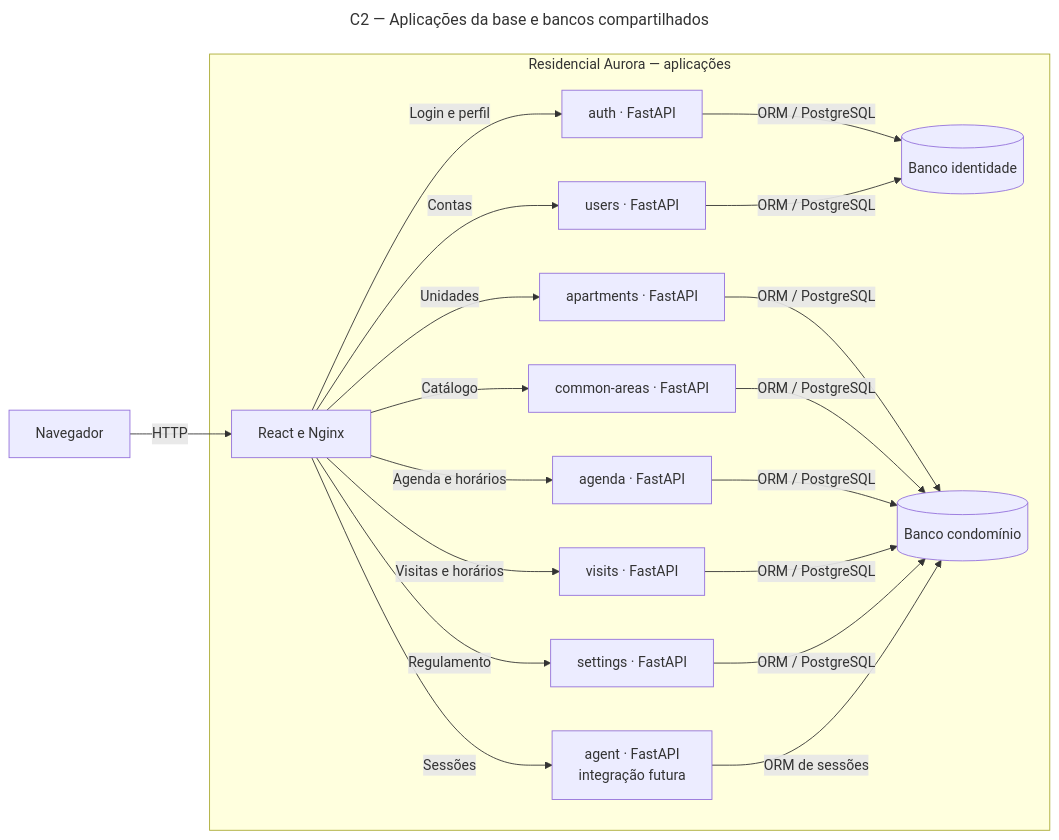
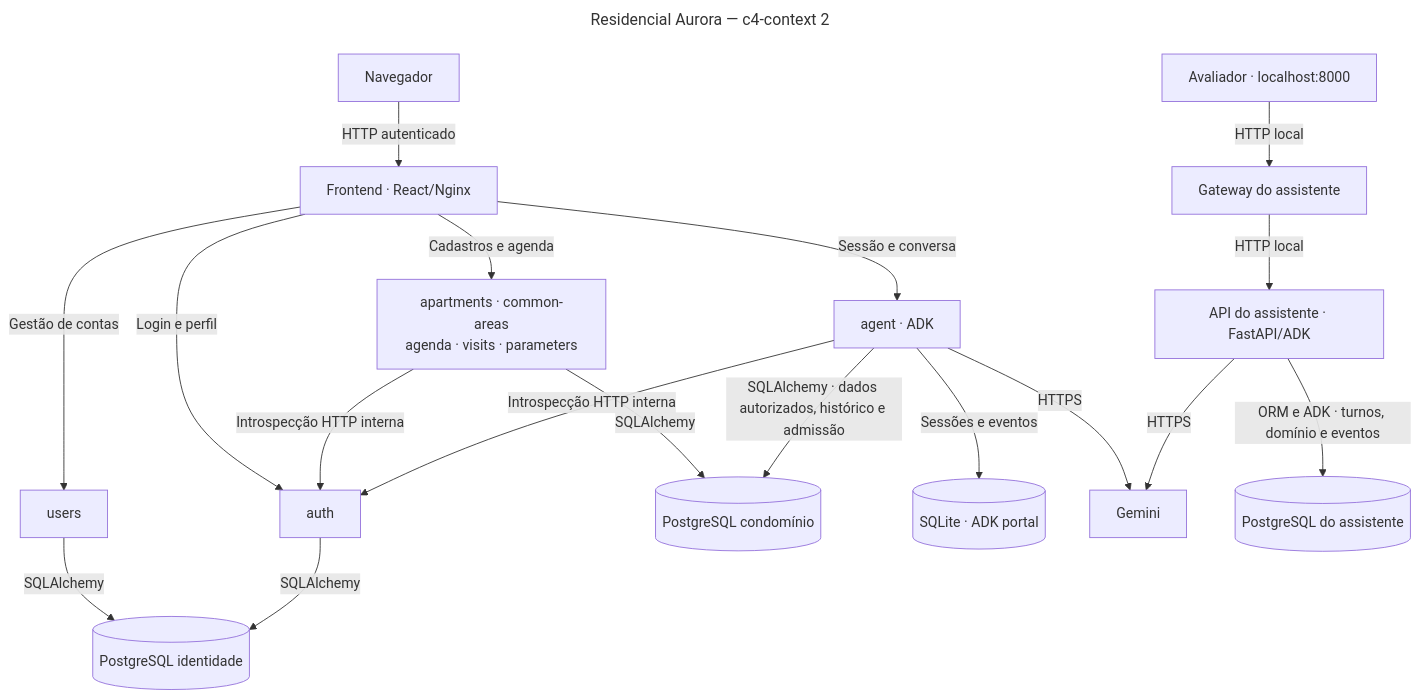
Before and after one commit to LucasBiason/mba-ia-desafio-criacao-agente: the second of 2 diagrams in docs/design/c4-context.md, drawn with Mermaid. The commit also changed other lines of this file and 493 other files, not shown here.

Commit message:
feat(aurora): entregue a base 0.1.0 e o assistente do residencial

````diff
--- a/docs/design/c4-context.md
+++ b/docs/design/c4-context.md
@@ -36,25 +36,23 @@
 ```mermaid
 ---
-title: C2 — Aplicações da base e bancos compartilhados
+title: Residencial Aurora — c4-context 2
 ---
-flowchart LR
-    USER["Navegador"] -->|"HTTP"| WEB["React e Nginx"]
-    subgraph SYSTEM["Residencial Aurora — aplicações"]
-        WEB -->|"Login e perfil"| AUTH["auth · FastAPI"]
-        WEB -->|"Contas"| USERS["users · FastAPI"]
-        WEB -->|"Unidades"| APTS["apartments · FastAPI"]
-        WEB -->|"Catálogo"| AREAS["common-areas · FastAPI"]
-        WEB -->|"Agenda e horários"| AGENDA["agenda · FastAPI"]
-        WEB -->|"Visitas e horários"| VISITS["visits · FastAPI"]
-        WEB -->|"Regulamento"| SETTINGS["settings · FastAPI"]
-        WEB -->|"Sessões"| AGENT["agent · FastAPI<br/>integração futura"]
-        AUTH -->|"ORM / PostgreSQL"| IDDB[("Banco identidade")]
-        USERS -->|"ORM / PostgreSQL"| IDDB
-        APTS -->|"ORM / PostgreSQL"| DB[("Banco condomínio")]
-        AREAS -->|"ORM / PostgreSQL"| DB
-        AGENDA -->|"ORM / PostgreSQL"| DB
-        VISITS -->|"ORM / PostgreSQL"| DB
-        SETTINGS -->|"ORM / PostgreSQL"| DB
-        AGENT -->|"ORM de sessões"| DB
-    end
+flowchart TB
+    BROWSER["Navegador"] -->|"HTTP autenticado"| WEB["Frontend · React/Nginx"]
+    WEB -->|"Login e perfil"| AUTH["auth"]
+    WEB -->|"Gestão de contas"| USERS["users"]
+    WEB -->|"Cadastros e agenda"| DOMAINS["apartments · common-areas<br/>agenda · visits · parameters"]
+    WEB -->|"Sessão e conversa"| AGENT["agent · ADK"]
+    USERS -->|"SQLAlchemy"| IDDB[("PostgreSQL identidade")]
+    AUTH -->|"SQLAlchemy"| IDDB
+    DOMAINS -->|"SQLAlchemy"| CONDODB[("PostgreSQL condomínio")]
+    DOMAINS -->|"Introspecção HTTP interna"| AUTH
+    AGENT -->|"Introspecção HTTP interna"| AUTH
+    AGENT -->|"SQLAlchemy · dados autorizados, histórico e admissão"| CONDODB
+    AGENT -->|"Sessões e eventos"| ADKDB[("SQLite · ADK portal")]
+    AGENT -->|"HTTPS"| GEMINI["Gemini"]
+    EVALUATOR["Avaliador · localhost:8000"] -->|"HTTP local"| GATEWAY["Gateway do assistente"]
+    GATEWAY -->|"HTTP local"| ACADEMIC["API do assistente · FastAPI/ADK"]
+    ACADEMIC -->|"ORM e ADK · turnos, domínio e eventos"| AGENTDB[("PostgreSQL do assistente")]
+    ACADEMIC -->|"HTTPS"| GEMINI
 ```
````
